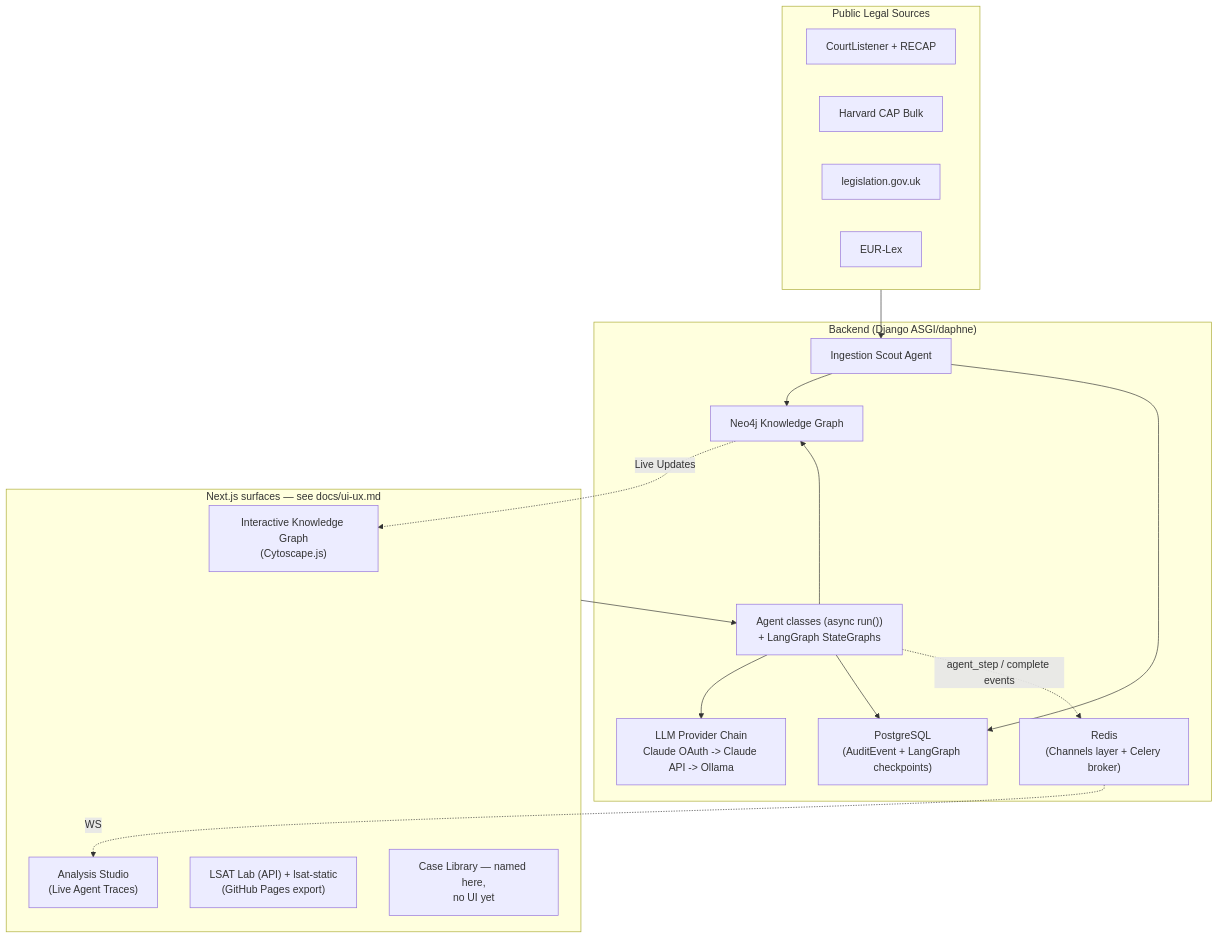
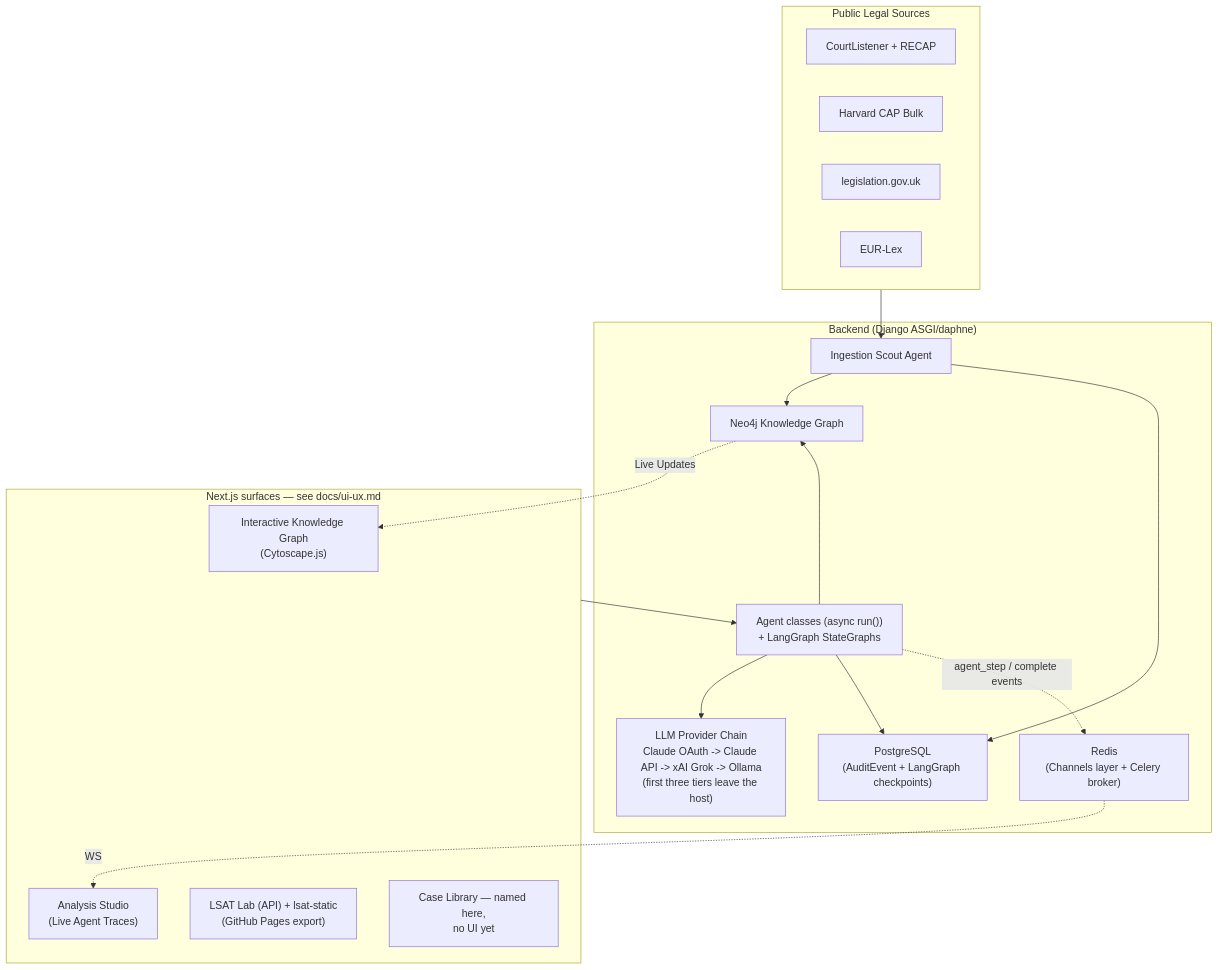
One commit to bamr87/law-ai changed the first of 2 diagrams in docs/architecture.md. Above: the diagram before and after it, drawn with Mermaid. The commit also changed other lines of this file and 739 other files, not shown here.

````diff
--- a/docs/architecture.md
+++ b/docs/architecture.md
@@ -5,36 +5,36 @@
 ```mermaid
 flowchart TB
     subgraph Public["Public Legal Sources"]
         CL["CourtListener + RECAP"]
         CAP["Harvard CAP Bulk"]
         UK["legislation.gov.uk"]
         EU["EUR-Lex"]
     end
 
     subgraph Backend["Backend (Django ASGI/daphne)"]
         Ingestion["Ingestion Scout Agent"]
         Agents["Agent classes (async run())\n+ LangGraph StateGraphs"]
-        LLMChain["LLM Provider Chain\nClaude OAuth -> Claude API -> Ollama"]
+        LLMChain["LLM Provider Chain\nClaude OAuth -> Claude API -> xAI Grok -> Ollama\n(first three tiers leave the host)"]
         Neo4j["Neo4j Knowledge Graph"]
         Postgres["PostgreSQL\n(AuditEvent + LangGraph checkpoints)"]
         Redis["Redis\n(Channels layer + Celery broker)"]
     end
 
     subgraph Frontend["Next.js surfaces — see docs/ui-ux.md"]
         Graph["Interactive Knowledge Graph\n(Cytoscape.js)"]
         Studio["Analysis Studio\n(Live Agent Traces)"]
         LSAT["LSAT Lab (API) + lsat-static\n(GitHub Pages export)"]
         Library["Case Library — named here,\nno UI yet"]
     end
 
     Public --> Ingestion
     Ingestion --> Neo4j
     Ingestion --> Postgres
     Frontend --> Agents
     Agents --> Neo4j
     Agents --> LLMChain
     Agents --> Postgres
     Agents -. "agent_step / complete events" .-> Redis
     Redis -. WS .-> Studio
     Neo4j -. Live Updates .-> Graph
 ```
````
